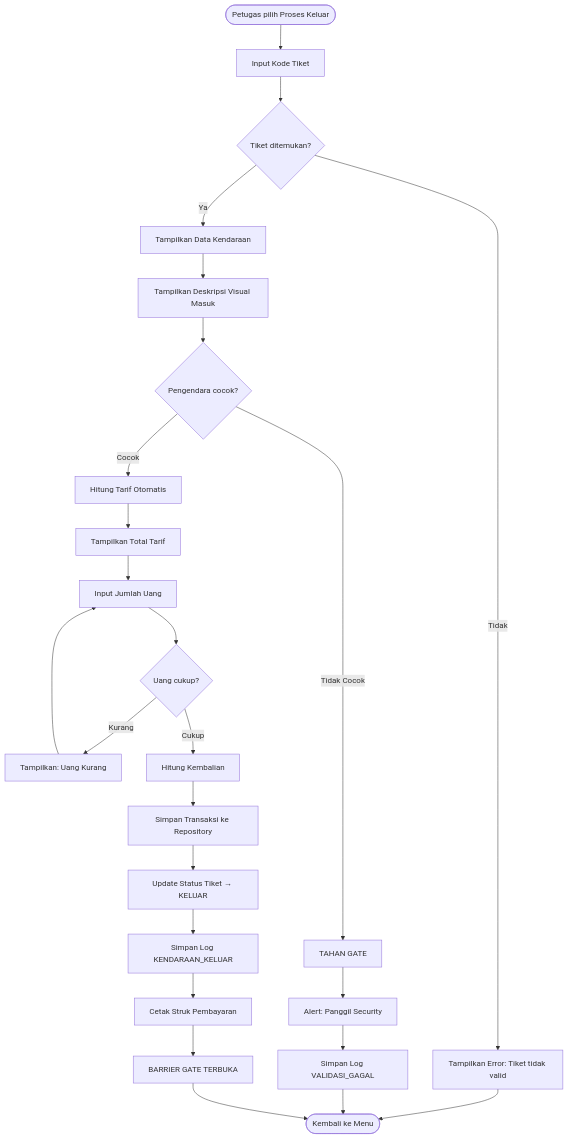
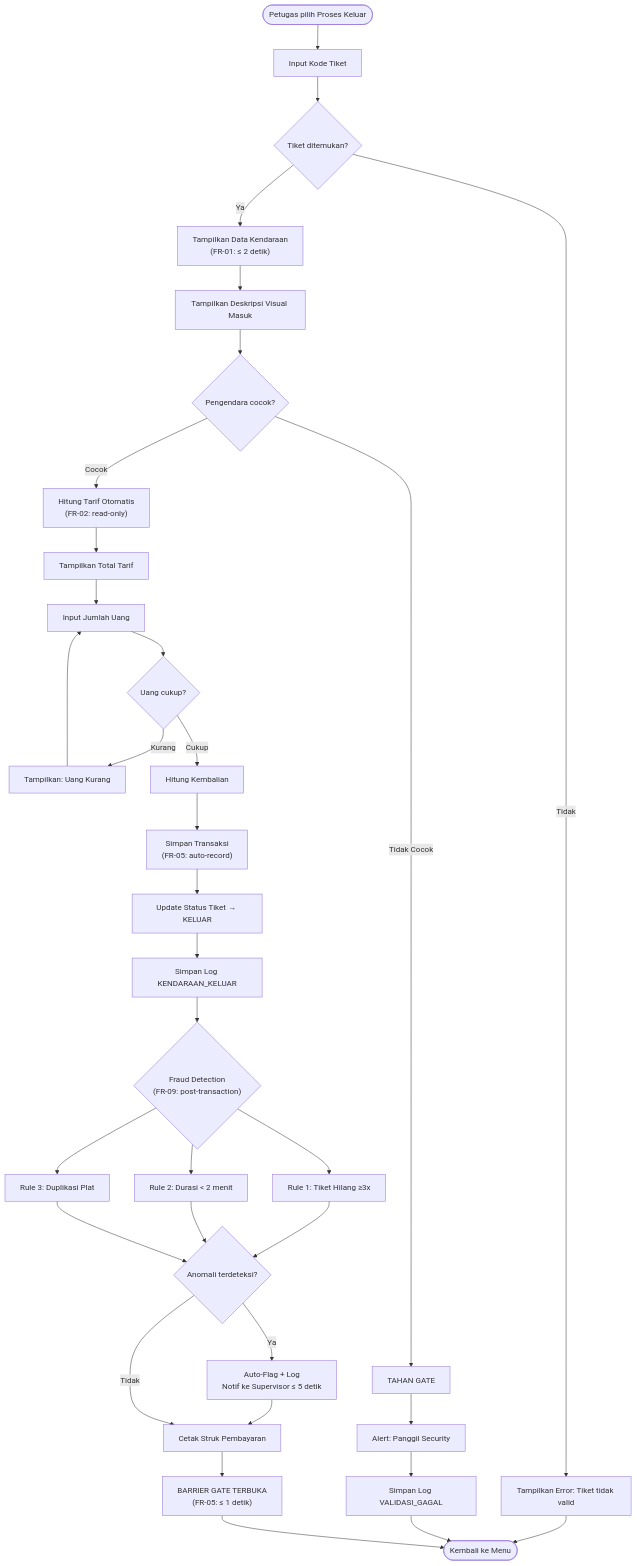
Before and after one commit to poggufanz/mkk-app: diagram 12 of 12 in docs/2-TECHNICAL/teknis-diagram.md, drawn with Mermaid. The commit also changed other lines of this file and 11 other files, not shown here.

````diff
--- a/docs/2-TECHNICAL/teknis-diagram.md
+++ b/docs/2-TECHNICAL/teknis-diagram.md
@@ -1253,33 +1490,48 @@
 ```mermaid
 flowchart TD
     Start([Petugas pilih Proses Keluar]) --> InputTiket[Input Kode Tiket]
     InputTiket --> CariTiket{Tiket ditemukan?}
 
     CariTiket -->|Tidak| ErrorTiket[Tampilkan Error: Tiket tidak valid]
     ErrorTiket --> KembaliMenu([Kembali ke Menu])
 
-    CariTiket -->|Ya| TampilData[Tampilkan Data Kendaraan]
+    CariTiket -->|Ya| TampilData["Tampilkan Data Kendaraan\n(FR-01: ≤ 2 detik)"]
     TampilData --> TampilVisual[Tampilkan Deskripsi Visual Masuk]
     TampilVisual --> InputValidasi{Pengendara cocok?}
 
     InputValidasi -->|Tidak Cocok| TahanGate[TAHAN GATE]
     TahanGate --> AlertSecurity[Alert: Panggil Security]
     AlertSecurity --> LogAlert[Simpan Log VALIDASI_GAGAL]
     LogAlert --> KembaliMenu
 
-    InputValidasi -->|Cocok| HitungTarif[Hitung Tarif Otomatis]
+    InputValidasi -->|Cocok| HitungTarif["Hitung Tarif Otomatis\n(FR-02: read-only)"]
     HitungTarif --> TampilTarif[Tampilkan Total Tarif]
     TampilTarif --> InputUang[Input Jumlah Uang]
     InputUang --> CekUang{Uang cukup?}
 
     CekUang -->|Kurang| PesanKurang[Tampilkan: Uang Kurang]
     PesanKurang --> InputUang
 
     CekUang -->|Cukup| HitungKembalian[Hitung Kembalian]
-    HitungKembalian --> SimpanTransaksi[Simpan Transaksi ke Repository]
+    HitungKembalian --> SimpanTransaksi["Simpan Transaksi\n(FR-05: auto-record)"]
     SimpanTransaksi --> UpdateTiket[Update Status Tiket → KELUAR]
     UpdateTiket --> LogTransaksi[Simpan Log KENDARAAN_KELUAR]
-    LogTransaksi --> CetakStruk[Cetak Struk Pembayaran]
-    CetakStruk --> BukaGate[BARRIER GATE TERBUKA]
+
+    LogTransaksi --> FraudCheck{"Fraud Detection\n(FR-09: post-transaction)"}
+
+    FraudCheck --> Rule1[Rule 1: Tiket Hilang ≥3x]
+    FraudCheck --> Rule2[Rule 2: Durasi < 2 menit]
+    FraudCheck --> Rule3[Rule 3: Duplikasi Plat]
+
+    Rule1 --> FraudResult{Anomali terdeteksi?}
+    Rule2 --> FraudResult
+    Rule3 --> FraudResult
+
+    FraudResult -->|Ya| AutoFlag["Auto-Flag + Log\nNotif ke Supervisor ≤ 5 detik"]
+    AutoFlag --> CetakStruk[Cetak Struk Pembayaran]
+
+    FraudResult -->|Tidak| CetakStruk
+
+    CetakStruk --> BukaGate["BARRIER GATE TERBUKA\n(FR-05: ≤ 1 detik)"]
     BukaGate --> KembaliMenu
 ```
````
